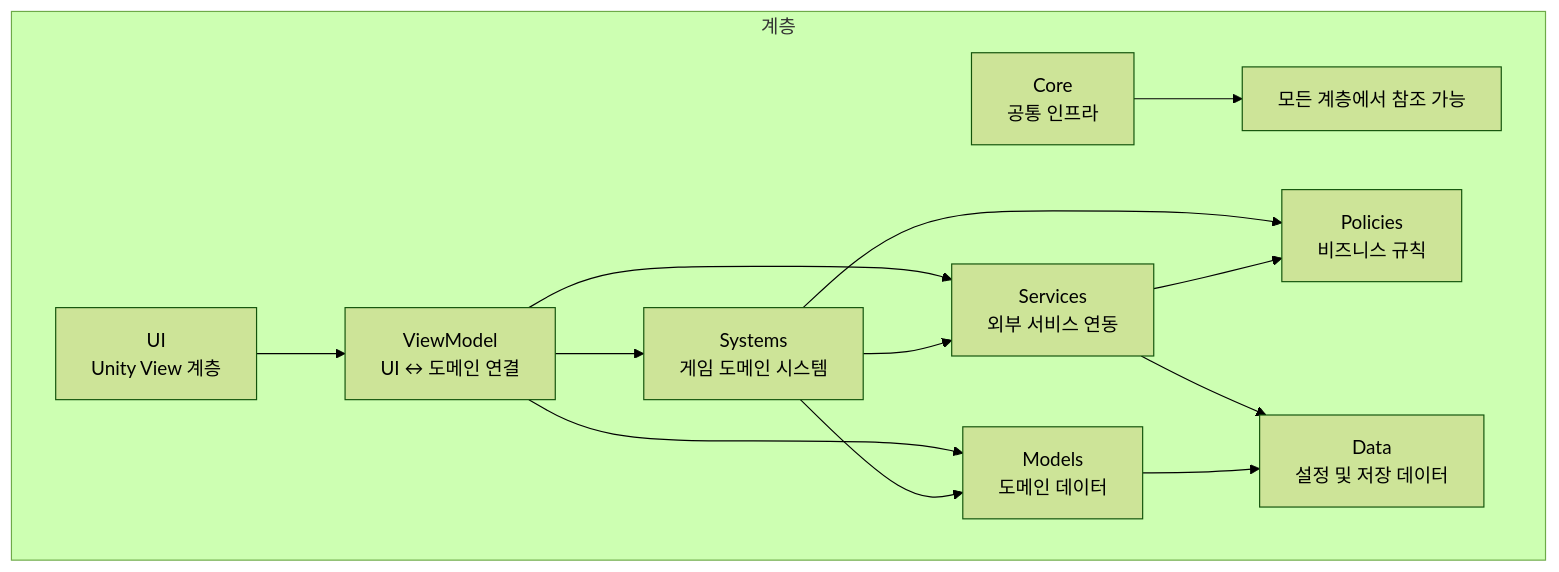
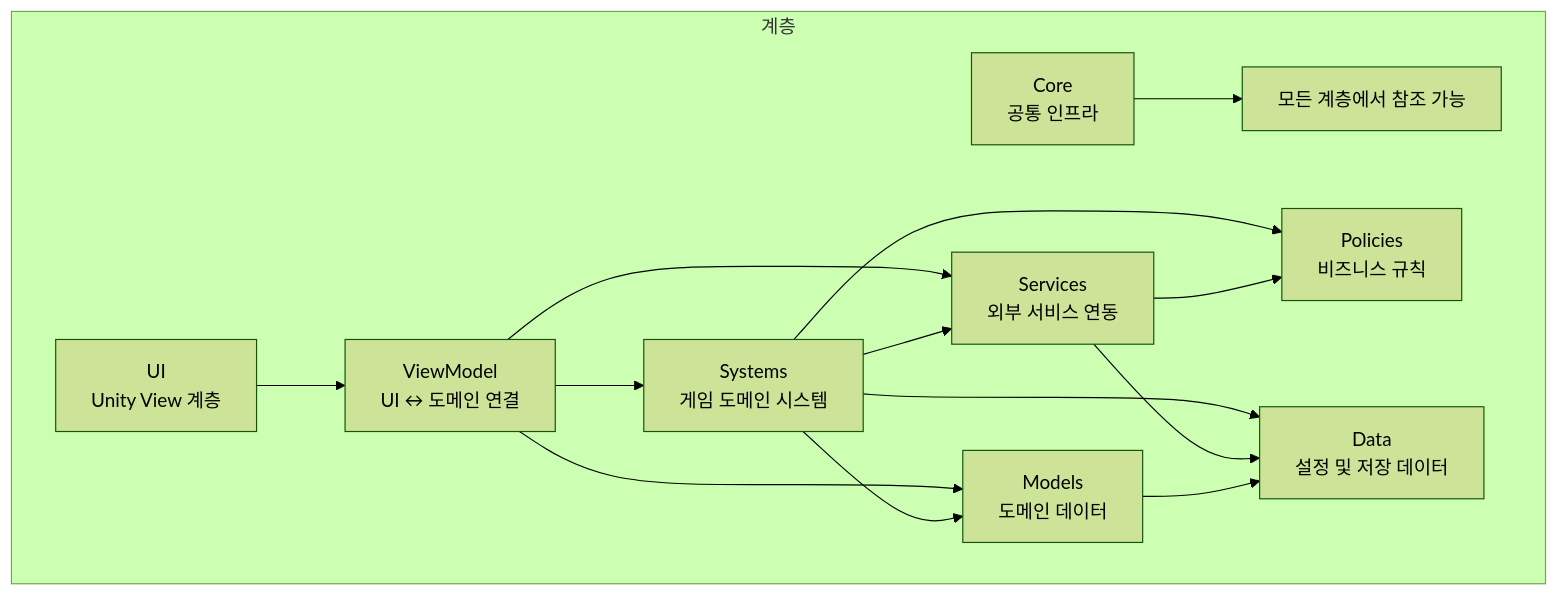
One commit to HyunWoo-Jo/DCommando changed the diagram in README.md. Above: the diagram before and after it, drawn with Mermaid (forest theme).

````diff
--- a/README.md
+++ b/README.md
@@ -19,27 +19,28 @@
 ```mermaid
 graph TB
     subgraph "계층"
         UI[UI<br/>Unity View 계층]
         VM[ViewModel<br/>UI ↔ 도메인 연결]
         SYS[Systems<br/>게임 도메인 시스템]
         POL[Policies<br/>비즈니스 규칙]
         MOD[Models<br/>도메인 데이터]
         SER[Services<br/>외부 서비스 연동]
         DAT[Data<br/>설정 및 저장 데이터]
         COR[Core<br/>공통 인프라]
 
         Memo[모든 계층에서 참조 가능]
     end
     COR --> Memo
 
     UI --> VM
     VM --> SYS
     VM --> SER
     VM --> MOD
     SYS --> MOD
     SYS --> POL
     SYS --> SER
+    SYS --> DAT
     SER --> DAT
     SER --> POL
     MOD --> DAT
 ```
````
